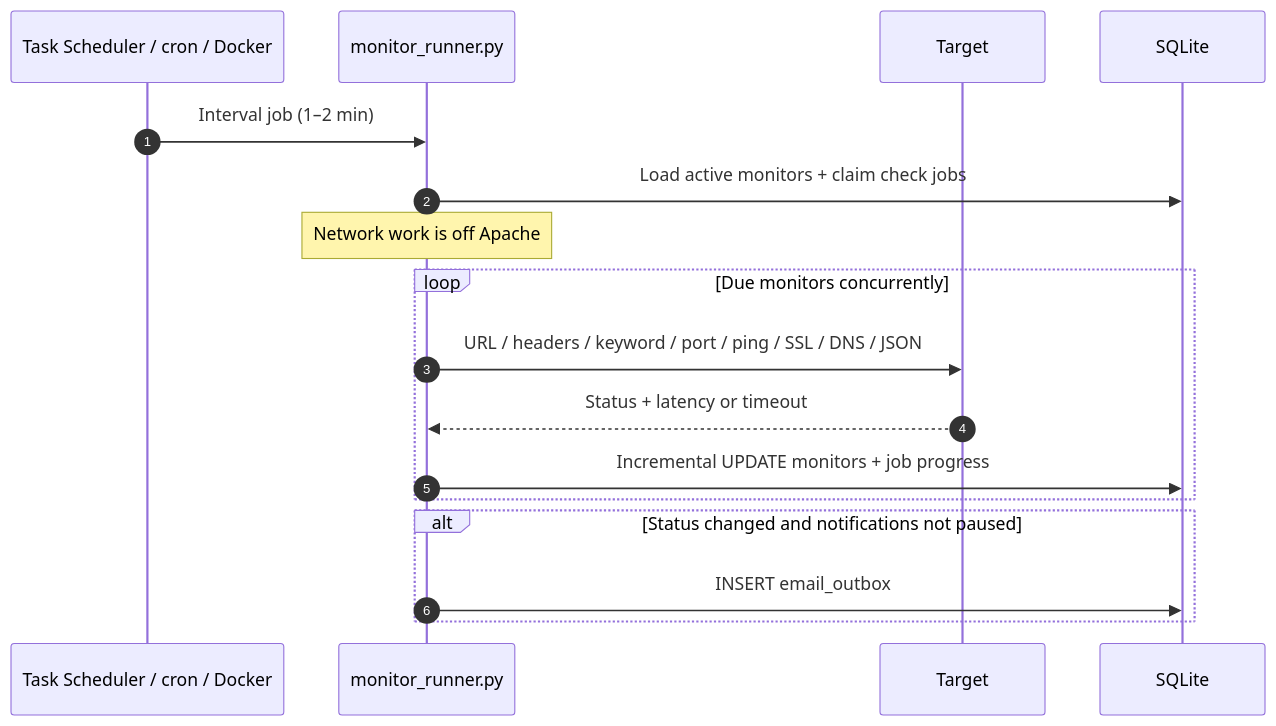
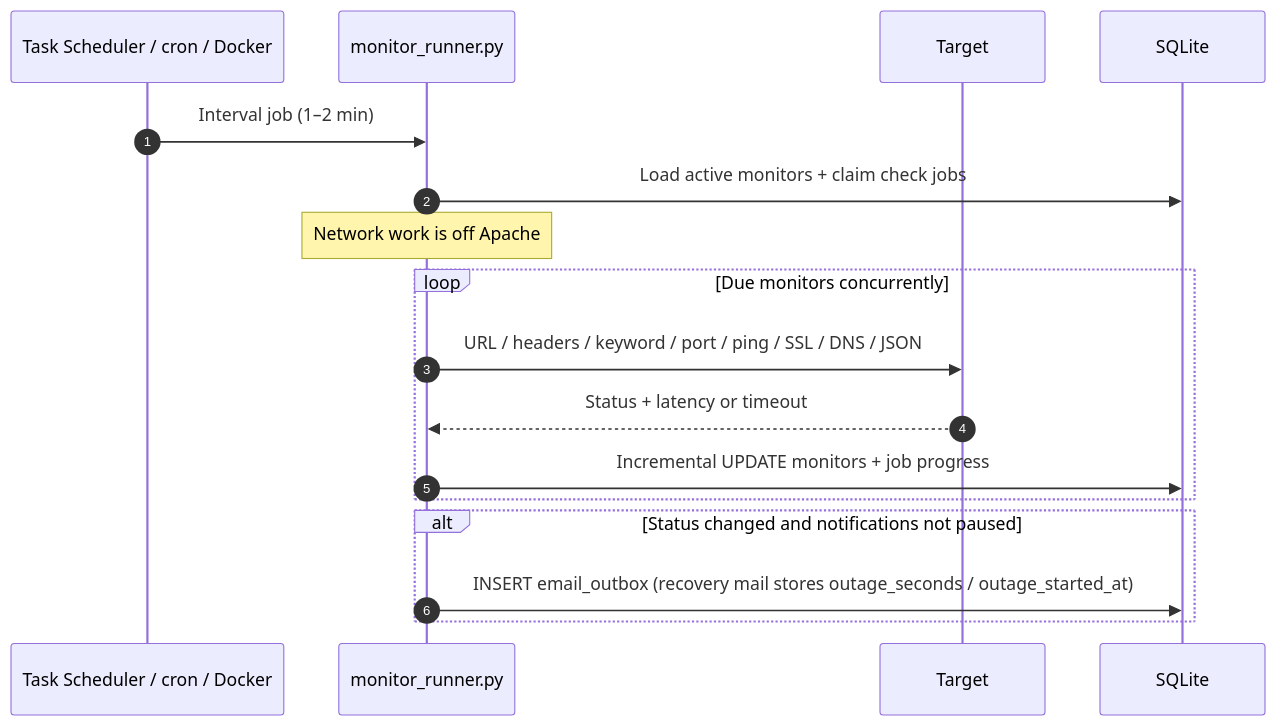
One commit to zafrullakhan001/linknest changed the second of 3 diagrams in docs/PYTHON_WORKERS.md. Above: the diagram before and after it, drawn with Mermaid. The commit also changed other lines of this file and 9 other files, not shown here.

First line of the commit message:
feat: Add recovery email notifications with downtime details for monitor checks

````diff
--- a/docs/PYTHON_WORKERS.md
+++ b/docs/PYTHON_WORKERS.md
@@ -71,20 +71,20 @@
 ```mermaid
 sequenceDiagram
   autonumber
   participant Sched as Task Scheduler / cron / Docker
   participant MR as monitor_runner.py
   participant T as Target
   participant DB as SQLite
 
   Sched->>MR: Interval job (1–2 min)
   MR->>DB: Load active monitors + claim check jobs
   Note over MR: Network work is off Apache
   loop Due monitors concurrently
     MR->>T: URL / headers / keyword / port / ping / SSL / DNS / JSON
     T-->>MR: Status + latency or timeout
     MR->>DB: Incremental UPDATE monitors + job progress
   end
   alt Status changed and notifications not paused
-    MR->>DB: INSERT email_outbox
+    MR->>DB: INSERT email_outbox (recovery mail stores outage_seconds / outage_started_at)
   end
 ```
````
